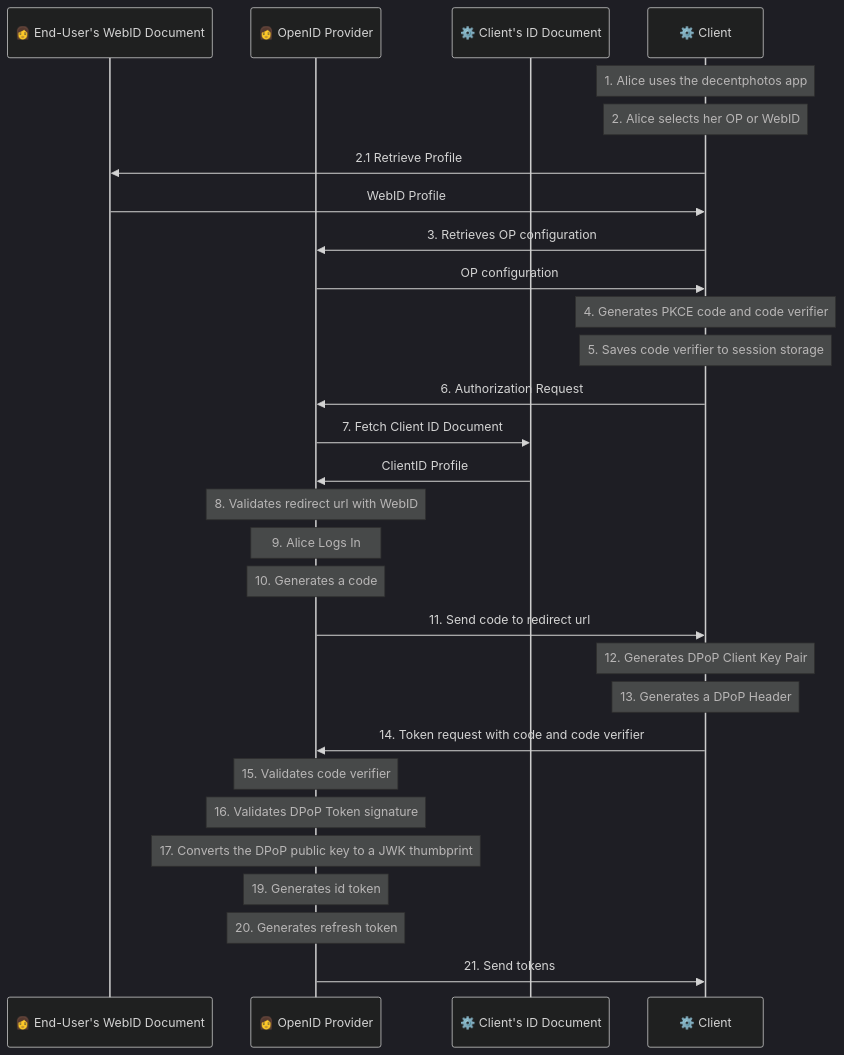
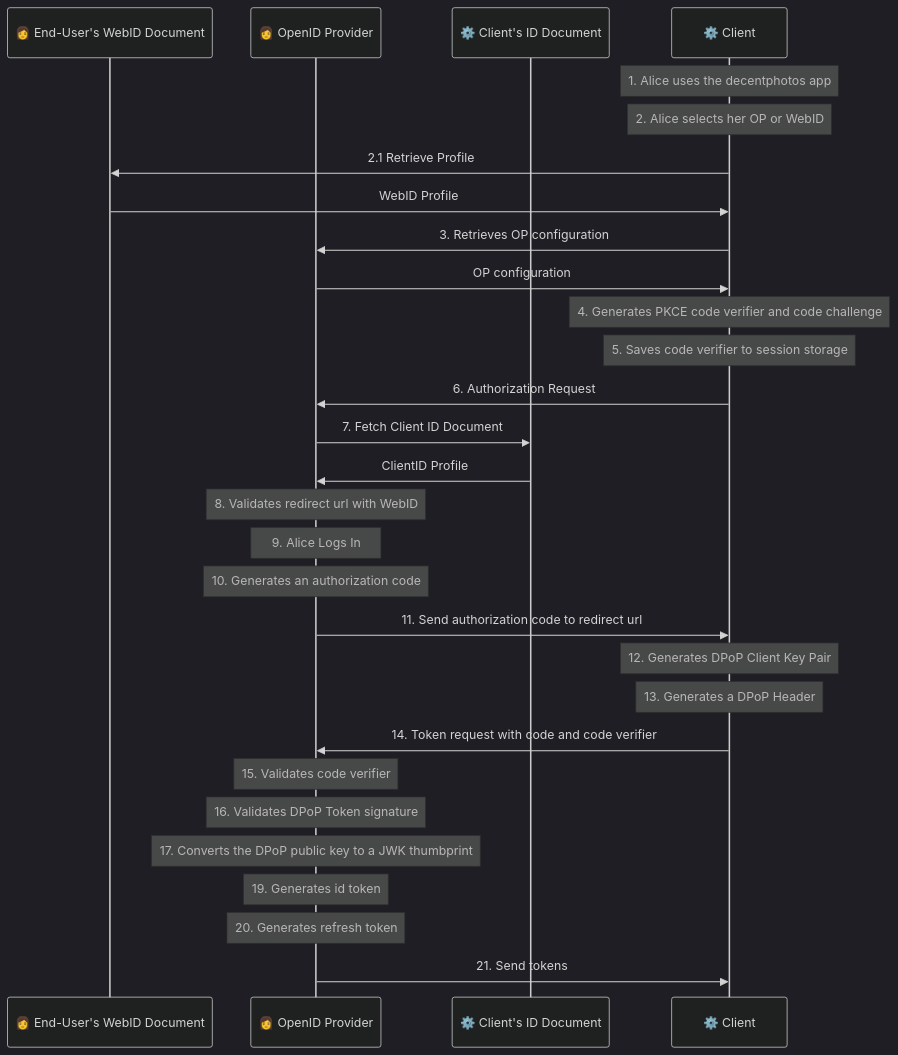
One commit to solid/solid-oidc changed the diagram in primer/primer-login.mmd. Above: the diagram before and after it, drawn with Mermaid (dark theme). The commit also changed 1 other file, not shown here.

Commit message:
primer: clarify codes used (PKCE and authorization)

```diff
--- a/primer/primer-login.mmd
+++ b/primer/primer-login.mmd
@@ -1,29 +1,29 @@
 sequenceDiagram
   participant WebID as 👩 End-User's WebID Document
   participant OP as 👩 OpenID Provider
   participant ClientID as ⚙️ Client's ID Document
   participant Client as ⚙️ Client
   note over Client: 1. Alice uses the decentphotos app
   note over Client: 2. Alice selects her OP or WebID
   Client->>WebID: 2.1 Retrieve Profile
   WebID->>Client: WebID Profile
   Client->>OP: 3. Retrieves OP configuration
   OP->>Client: OP configuration
-  note over Client: 4. Generates PKCE code and code verifier
+  note over Client: 4. Generates PKCE code verifier and code challenge
   note over Client: 5. Saves code verifier to session storage
   Client->>OP: 6. Authorization Request
   OP->>ClientID: 7. Fetch Client ID Document
   ClientID->>OP: ClientID Profile
   note over OP: 8. Validates redirect url with WebID
   note over OP: 9. Alice Logs In
-  note over OP: 10. Generates a code
-  OP->>Client: 11. Send code to redirect url
+  note over OP: 10. Generates an authorization code
+  OP->>Client: 11. Send authorization code to redirect url
   note over Client: 12. Generates DPoP Client Key Pair
   note over Client: 13. Generates a DPoP Header
   Client->>OP: 14. Token request with code and code verifier
   note over OP: 15. Validates code verifier
   note over OP: 16. Validates DPoP Token signature
   note over OP: 17. Converts the DPoP public key to a JWK thumbprint
   note over OP: 19. Generates id token
   note over OP: 20. Generates refresh token
   OP->>Client: 21. Send tokens
```
